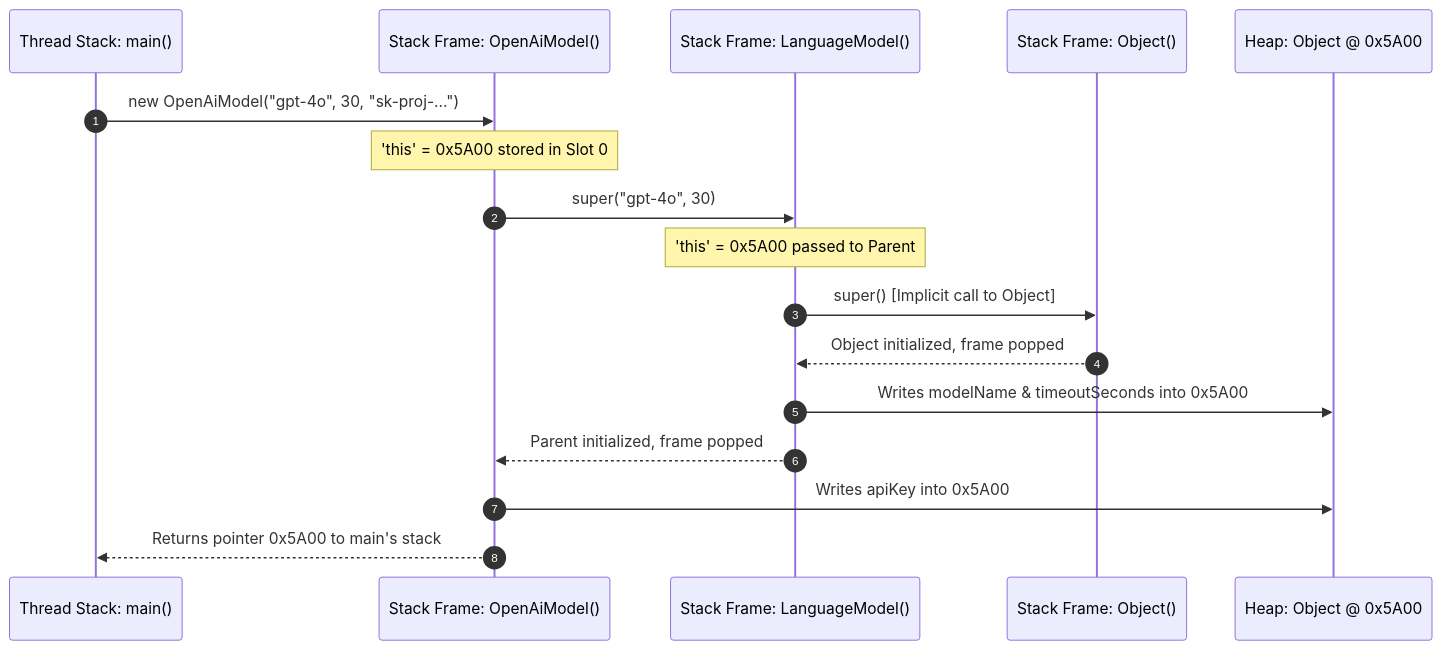
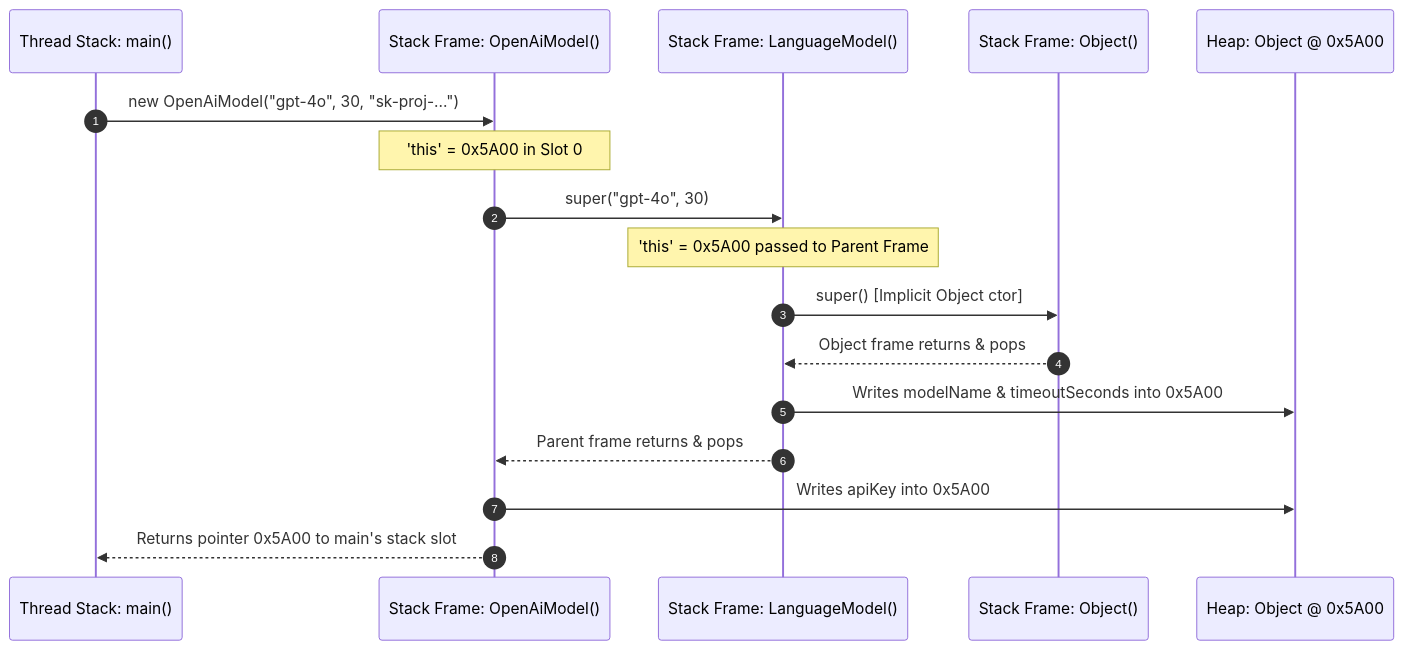
Before and after one commit to SrinuRenangi/Gen-AI-Java: the second of 6 diagrams in Phase_01_Java_Foundations/Day_03_Inheritance_Interfaces_Polymorphism/Day_03_Inheritance_Interfaces_Polymorphism.md, drawn with Mermaid. The commit also changed other lines of this file and 1 other file, not shown here.

````diff
--- a/Phase_01_Java_Foundations/Day_03_Inheritance_Interfaces_Polymorphism/Day_03_Inheritance_Interfaces_Polymorphism.md
+++ b/Phase_01_Java_Foundations/Day_03_Inheritance_Interfaces_Polymorphism/Day_03_Inheritance_Interfaces_Polymorphism.md
@@ -103,20 +222,20 @@
 ```mermaid
 sequenceDiagram
     autonumber
     participant Main as Thread Stack: main()
     participant ChildCtor as Stack Frame: OpenAiModel()
     participant ParentCtor as Stack Frame: LanguageModel()
     participant ObjectCtor as Stack Frame: Object()
     participant Heap as Heap: Object @ 0x5A00
 
     Main->>ChildCtor: new OpenAiModel("gpt-4o", 30, "sk-proj-...")
-    Note over ChildCtor: 'this' = 0x5A00 stored in Slot 0
+    Note over ChildCtor: 'this' = 0x5A00 in Slot 0
     ChildCtor->>ParentCtor: super("gpt-4o", 30)
-    Note over ParentCtor: 'this' = 0x5A00 passed to Parent
-    ParentCtor->>ObjectCtor: super() [Implicit call to Object]
-    ObjectCtor-->>ParentCtor: Object initialized, frame popped
+    Note over ParentCtor: 'this' = 0x5A00 passed to Parent Frame
+    ParentCtor->>ObjectCtor: super() [Implicit Object ctor]
+    ObjectCtor-->>ParentCtor: Object frame returns & pops
     ParentCtor->>Heap: Writes modelName & timeoutSeconds into 0x5A00
-    ParentCtor-->>ChildCtor: Parent initialized, frame popped
+    ParentCtor-->>ChildCtor: Parent frame returns & pops
     ChildCtor->>Heap: Writes apiKey into 0x5A00
-    ChildCtor-->>Main: Returns pointer 0x5A00 to main's stack
+    ChildCtor-->>Main: Returns pointer 0x5A00 to main's stack slot
 ```
````
